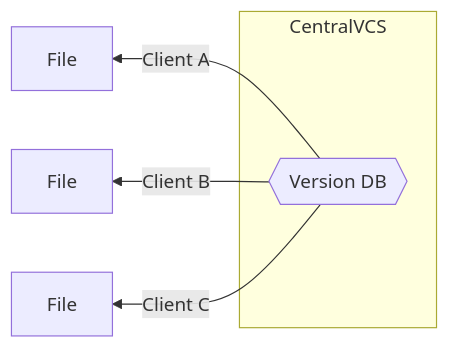
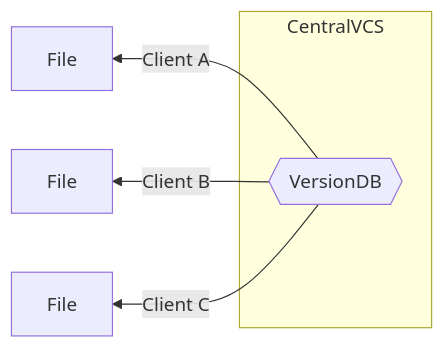
Before and after one commit to NETWAYS/gitlab-training: the diagram in _images/mermaid/central-vcs.mmd, drawn with Mermaid. The commit also changed 3 other files, not shown here.

```diff
--- a/_images/mermaid/central-vcs.mmd
+++ b/_images/mermaid/central-vcs.mmd
@@ -1,7 +1,7 @@
 graph RL
     subgraph CentralVCS
-    C{{Version DB}}
+    C{{VersionDB}}
     end
     C -->|Client A| D[File]
     C -->|Client B| E[File]
     C -->|Client C| F[File]
```
